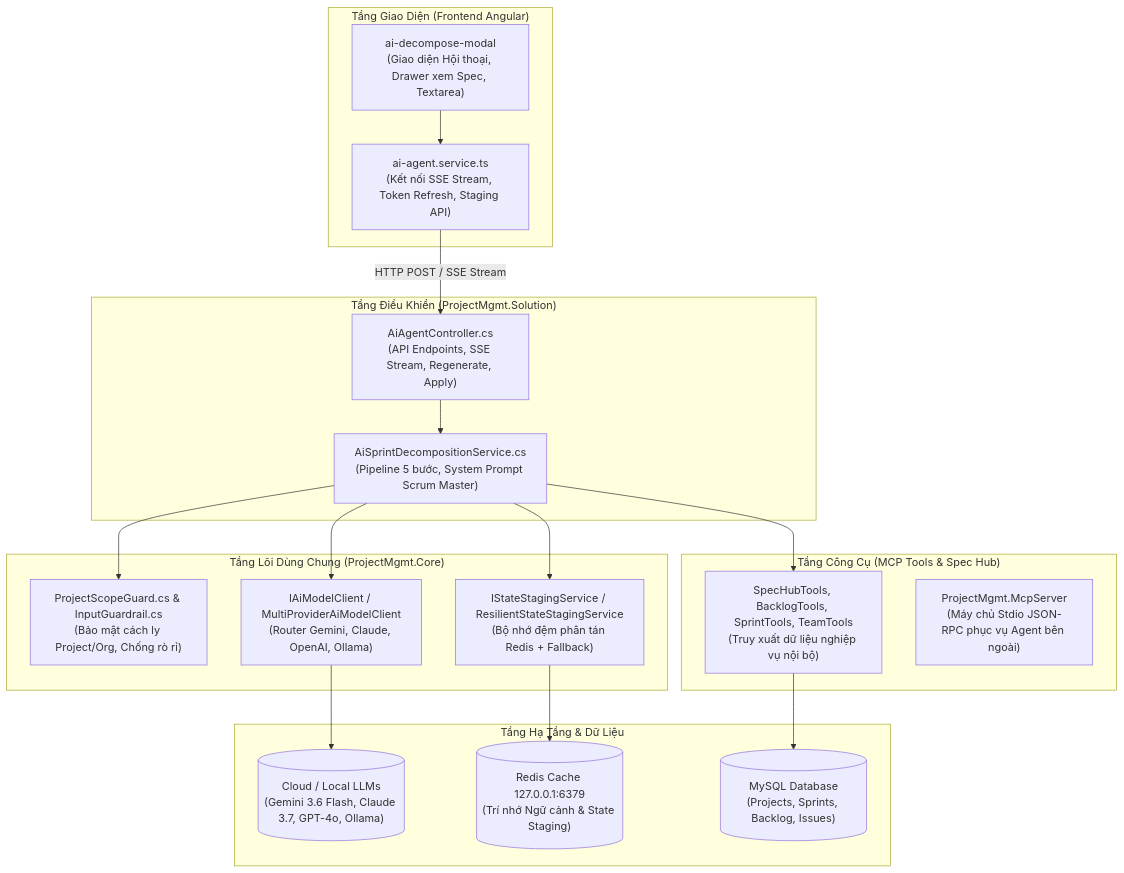
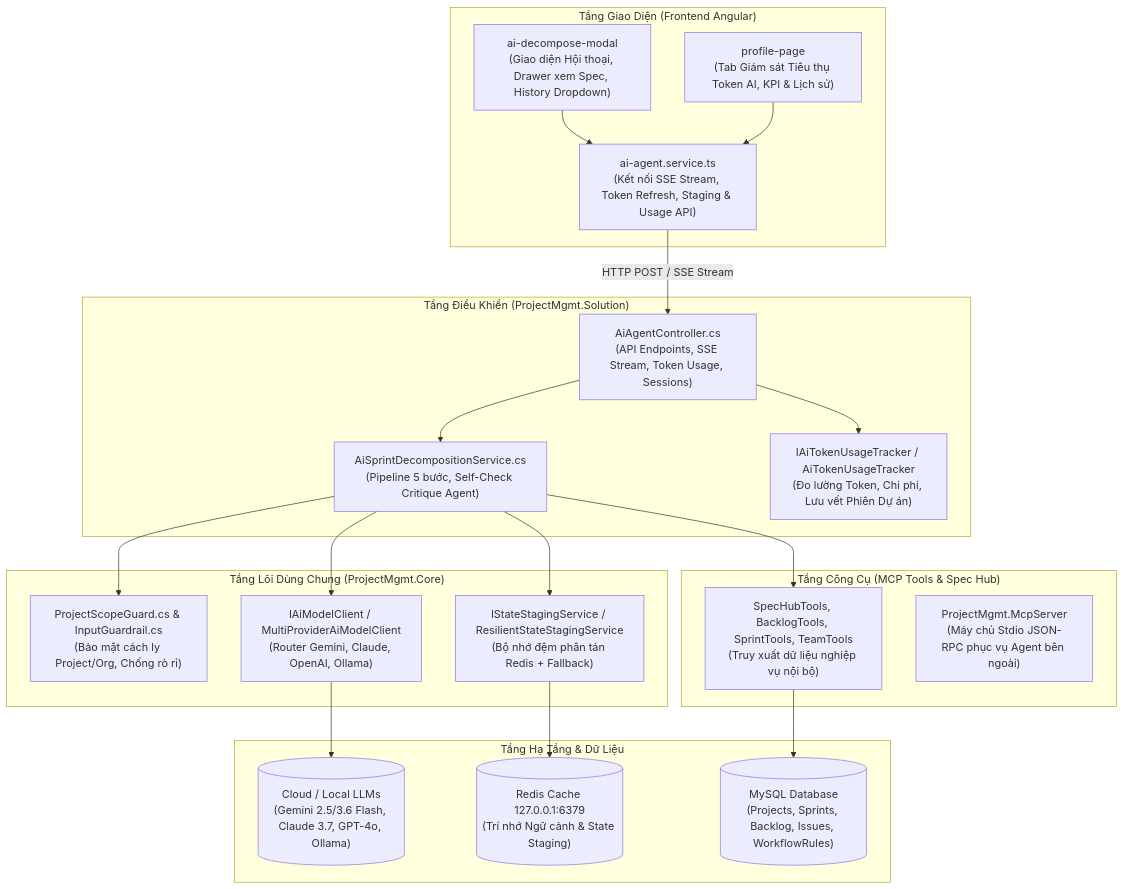
The first of 2 diagrams in docs/ai/01-kien-truc-tong-quan-va-use-case.md (TranHoang2k40525/ProjectMgmt), drawn with Mermaid before and after one commit. The commit also changed other lines of this file and 4 other files, not shown here.

Commit message:
docs(ai): update architecture, sequence, memory and defense guides for new features

````diff
--- a/docs/ai/01-kien-truc-tong-quan-va-use-case.md
+++ b/docs/ai/01-kien-truc-tong-quan-va-use-case.md
@@ -28,40 +28,44 @@
 ```mermaid
 flowchart TD
     subgraph UI["Tầng Giao Diện (Frontend Angular)"]
-        Modal["ai-decompose-modal\n(Giao diện Hội thoại, Drawer xem Spec, Textarea)"]
-        Service["ai-agent.service.ts\n(Kết nối SSE Stream, Token Refresh, Staging API)"]
+        Modal["ai-decompose-modal\n(Giao diện Hội thoại, Drawer xem Spec, History Dropdown)"]
+        Profile["profile-page\n(Tab Giám sát Tiêu thụ Token AI, KPI & Lịch sử)"]
+        Service["ai-agent.service.ts\n(Kết nối SSE Stream, Token Refresh, Staging & Usage API)"]
     end
 
     subgraph API["Tầng Điều Khiển (ProjectMgmt.Solution)"]
-        Ctrl["AiAgentController.cs\n(API Endpoints, SSE Stream, Regenerate, Apply)"]
-        DecompSvc["AiSprintDecompositionService.cs\n(Pipeline 5 bước, System Prompt Scrum Master)"]
+        Ctrl["AiAgentController.cs\n(API Endpoints, SSE Stream, Token Usage, Sessions)"]
+        DecompSvc["AiSprintDecompositionService.cs\n(Pipeline 5 bước, Self-Check Critique Agent)"]
+        TokenTracker["IAiTokenUsageTracker / AiTokenUsageTracker\n(Đo lường Token, Chi phí, Lưu vết Phiên Dự án)"]
     end
 
     subgraph CORE["Tầng Lõi Dùng Chung (ProjectMgmt.Core)"]
         ModelClient["IAiModelClient / MultiProviderAiModelClient\n(Router Gemini, Claude, OpenAI, Ollama)"]
         Staging["IStateStagingService / ResilientStateStagingService\n(Bộ nhớ đệm phân tán Redis + Fallback)"]
         ScopeGuard["ProjectScopeGuard.cs & InputGuardrail.cs\n(Bảo mật cách ly Project/Org, Chống rò rỉ)"]
     end
 
     subgraph TOOLS["Tầng Công Cụ (MCP Tools & Spec Hub)"]
         McpInternal["SpecHubTools, BacklogTools, SprintTools, TeamTools\n(Truy xuất dữ liệu nghiệp vụ nội bộ)"]
         McpServer["ProjectMgmt.McpServer\n(Máy chủ Stdio JSON-RPC phục vụ Agent bên ngoài)"]
     end
 
     subgraph INFRA["Tầng Hạ Tầng & Dữ Liệu"]
         Redis[("Redis Cache 127.0.0.1:6379\n(Trí nhớ Ngữ cảnh & State Staging)")]
-        MySQL[("MySQL Database\n(Projects, Sprints, Backlog, Issues)")]
-        LLM[("Cloud / Local LLMs\n(Gemini 3.6 Flash, Claude 3.7, GPT-4o, Ollama)")]
+        MySQL[("MySQL Database\n(Projects, Sprints, Backlog, Issues, WorkflowRules)")]
+        LLM[("Cloud / Local LLMs\n(Gemini 2.5/3.6 Flash, Claude 3.7, GPT-4o, Ollama)")]
     end
 
     Modal --> Service
+    Profile --> Service
     Service -->|HTTP POST / SSE Stream| Ctrl
     Ctrl --> DecompSvc
+    Ctrl --> TokenTracker
     DecompSvc --> ScopeGuard
     DecompSvc --> ModelClient
     DecompSvc --> Staging
     DecompSvc --> McpInternal
     ModelClient --> LLM
     Staging --> Redis
     McpInternal --> MySQL
 ```
````
